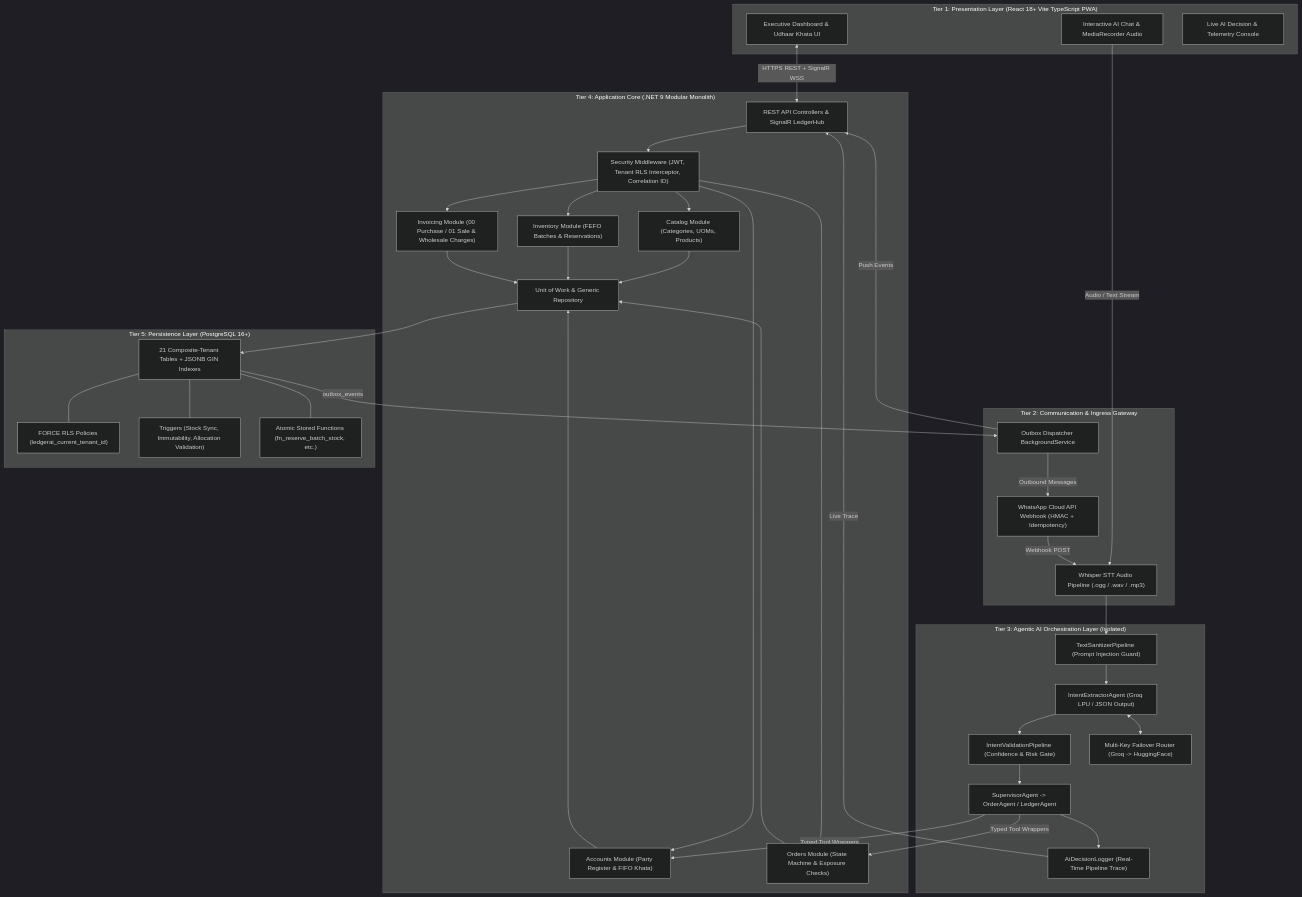
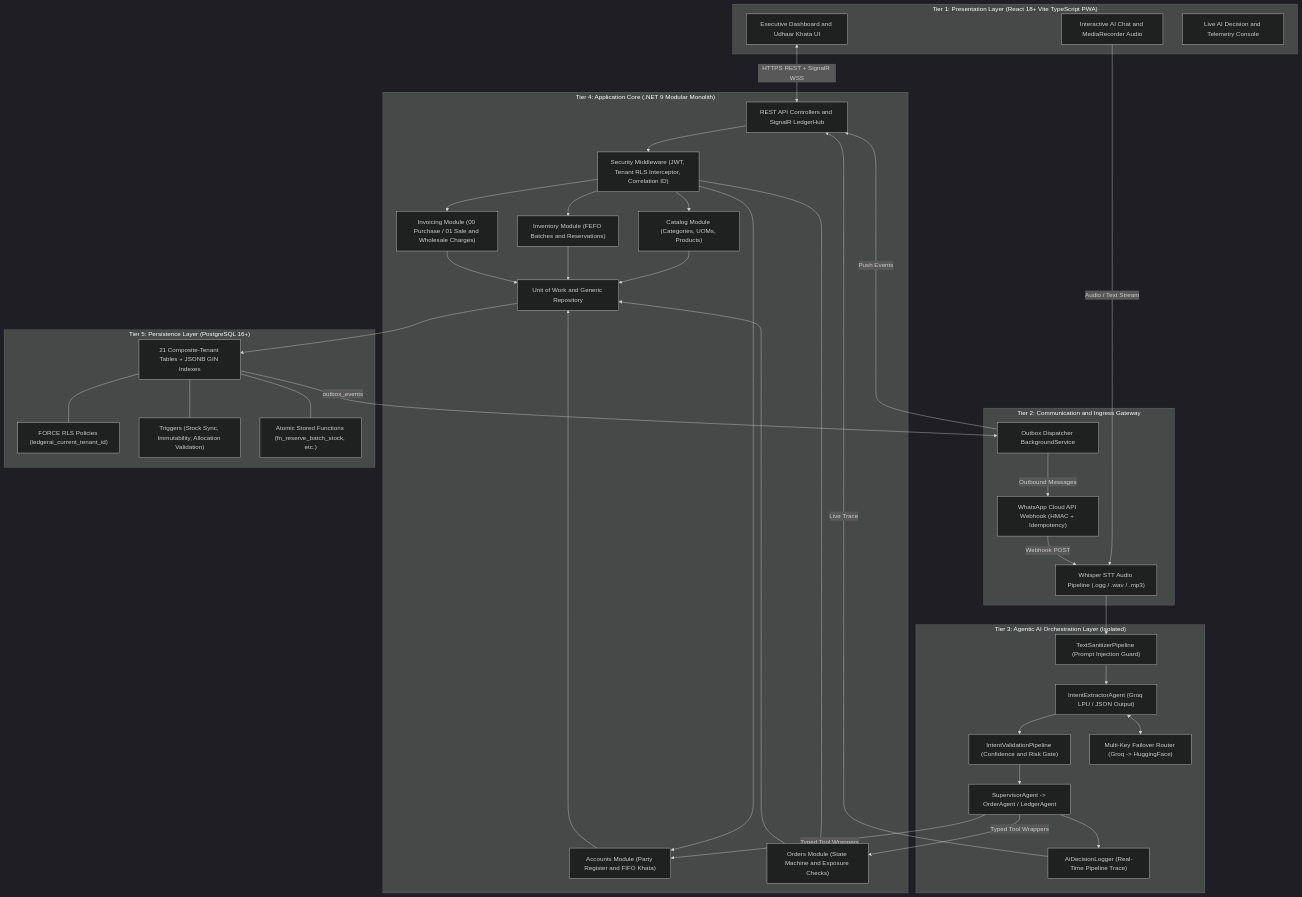
One commit to Haiderali445/LedgerAI changed the second of 6 diagrams in README.md. Above: the diagram before and after it, drawn with Mermaid (dark theme). The commit also changed other lines of this file and 59 other files, not shown here.

````diff
--- a/README.md
+++ b/README.md
@@ -123,62 +130,73 @@
 ```mermaid
 flowchart TB
     subgraph Tier1["Tier 1: Presentation Layer (React 18+ Vite TypeScript PWA)"]
-        PWA_Dash["Executive Dashboard & Udhaar Khata UI"]
-        PWA_Chat["Interactive AI Chat & MediaRecorder Audio"]
-        PWA_Monitor["Live AI Decision & Telemetry Console"]
+        PWA_Dash["Executive Dashboard and Udhaar Khata UI"]
+        PWA_Chat["Interactive AI Chat and MediaRecorder Audio"]
+        PWA_Monitor["Live AI Decision and Telemetry Console"]
     end
 
-    subgraph Tier2["Tier 2: Communication & Ingress Gateway"]
+    subgraph Tier2["Tier 2: Communication and Ingress Gateway"]
         WA_Webhook["WhatsApp Cloud API Webhook (HMAC + Idempotency)"]
         STT_Pipe["Whisper STT Audio Pipeline (.ogg / .wav / .mp3)"]
         Outbox_Worker["Outbox Dispatcher BackgroundService"]
     end
 
     subgraph Tier3["Tier 3: Agentic AI Orchestration Layer (Isolated)"]
         Sanitizer["TextSanitizerPipeline (Prompt Injection Guard)"]
         Extractor["IntentExtractorAgent (Groq LPU / JSON Output)"]
-        ValGate["IntentValidationPipeline (Confidence & Risk Gate)"]
+        ValGate["IntentValidationPipeline (Confidence and Risk Gate)"]
         Supervisor["SupervisorAgent -> OrderAgent / LedgerAgent"]
         Router["Multi-Key Failover Router (Groq -> HuggingFace)"]
         Telemetry["AiDecisionLogger (Real-Time Pipeline Trace)"]
     end
 
     subgraph Tier4["Tier 4: Application Core (.NET 9 Modular Monolith)"]
         MW["Security Middleware (JWT, Tenant RLS Interceptor, Correlation ID)"]
-        Controllers["REST API Controllers & SignalR LedgerHub"]
+        Controllers["REST API Controllers and SignalR LedgerHub"]
         Mod_Cat["Catalog Module (Categories, UOMs, Products)"]
-        Mod_Inv["Inventory Module (FEFO Batches & Reservations)"]
-        Mod_Acc["Accounts Module (Party Register & FIFO Khata)"]
-        Mod_Ord["Orders Module (State Machine & Exposure Checks)"]
-        Mod_Bill["Invoicing Module (00 Purchase / 01 Sale & Wholesale Charges)"]
-        UoW["Unit of Work & Generic Repository"]
+        Mod_Inv["Inventory Module (FEFO Batches and Reservations)"]
+        Mod_Acc["Accounts Module (Party Register and FIFO Khata)"]
+        Mod_Ord["Orders Module (State Machine and Exposure Checks)"]
+        Mod_Bill["Invoicing Module (00 Purchase / 01 Sale and Wholesale Charges)"]
+        UoW["Unit of Work and Generic Repository"]
     end
 
     subgraph Tier5["Tier 5: Persistence Layer (PostgreSQL 16+)"]
         DB_Tables["21 Composite-Tenant Tables + JSONB GIN Indexes"]
         DB_RLS["FORCE RLS Policies (ledgerai_current_tenant_id)"]
         DB_Triggers["Triggers (Stock Sync, Immutability, Allocation Validation)"]
         DB_Funcs["Atomic Stored Functions (fn_reserve_batch_stock, etc.)"]
     end
 
     PWA_Dash <-->|"HTTPS REST + SignalR WSS"| Controllers
     PWA_Chat -->|"Audio / Text Stream"| STT_Pipe
     WA_Webhook -->|"Webhook POST"| STT_Pipe
     STT_Pipe --> Sanitizer
     Sanitizer --> Extractor
     Extractor <--> Router
     Extractor --> ValGate
     ValGate --> Supervisor
     Supervisor -->|"Typed Tool Wrappers"| Mod_Ord
     Supervisor -->|"Typed Tool Wrappers"| Mod_Acc
     Supervisor --> Telemetry
     Telemetry -->|"Live Trace"| Controllers
 
-    Controllers --> MW --> Mod_Cat & Mod_Inv & Mod_Acc & Mod_Ord & Mod_Bill
-    Mod_Cat & Mod_Inv & Mod_Acc & Mod_Ord & Mod_Bill --> UoW
+    Controllers --> MW
+    MW --> Mod_Cat
+    MW --> Mod_Inv
+    MW --> Mod_Acc
+    MW --> Mod_Ord
+    MW --> Mod_Bill
+    Mod_Cat --> UoW
+    Mod_Inv --> UoW
+    Mod_Acc --> UoW
+    Mod_Ord --> UoW
+    Mod_Bill --> UoW
     UoW --> DB_Tables
-    DB_Tables --- DB_RLS & DB_Triggers & DB_Funcs
+    DB_Tables --- DB_RLS
+    DB_Tables --- DB_Triggers
+    DB_Tables --- DB_Funcs
     DB_Tables -->|"outbox_events"| Outbox_Worker
     Outbox_Worker -->|"Push Events"| Controllers
     Outbox_Worker -->|"Outbound Messages"| WA_Webhook
 ```
````
